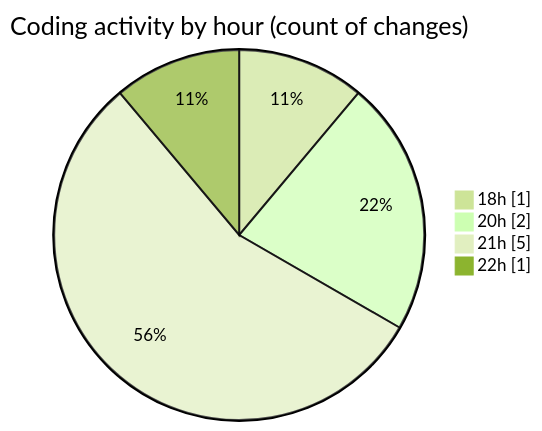
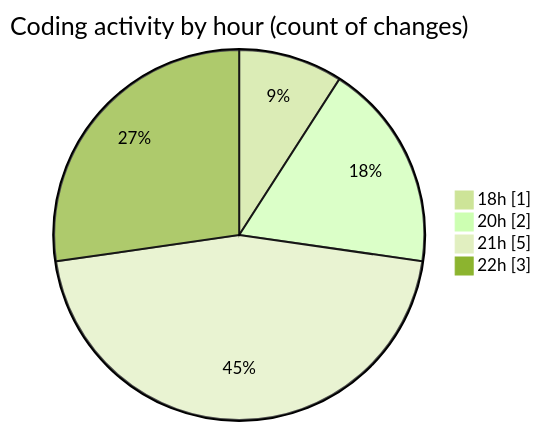
One commit to NitaiMahat/code-tracking changed the second of 2 diagrams in 2025-02-27/project1/README.md. Above: the diagram before and after it, drawn with Mermaid (forest theme). The commit also changed other lines of this file and 1 other file, not shown here.

````diff
--- a/2025-02-27/project1/README.md
+++ b/2025-02-27/project1/README.md
@@ -29,8 +29,8 @@
 ```mermaid
 pie showData
 title Coding activity by hour (count of changes)
 "18h" : 1
 "20h" : 2
 "21h" : 5
-"22h" : 1
+"22h" : 3
 ```
````
